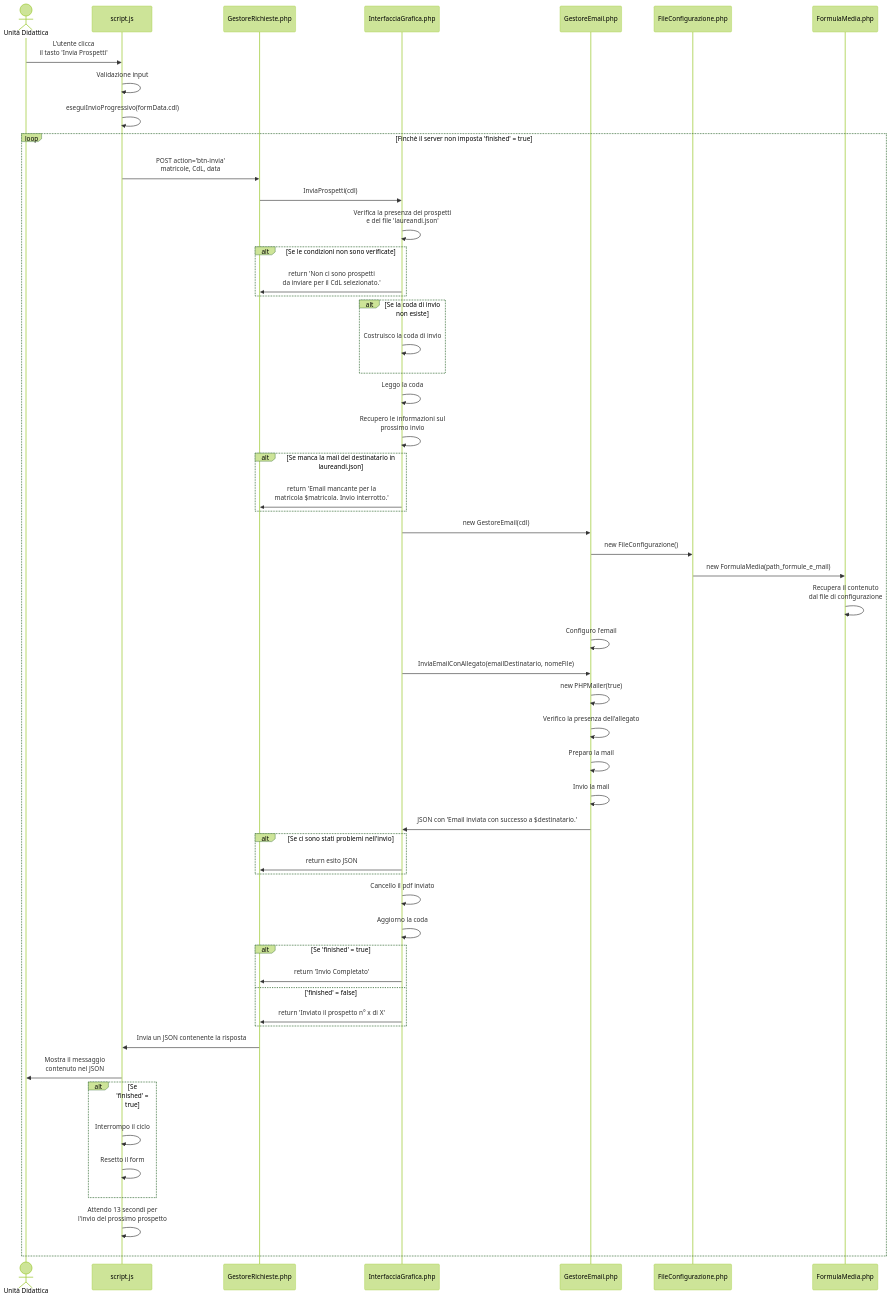
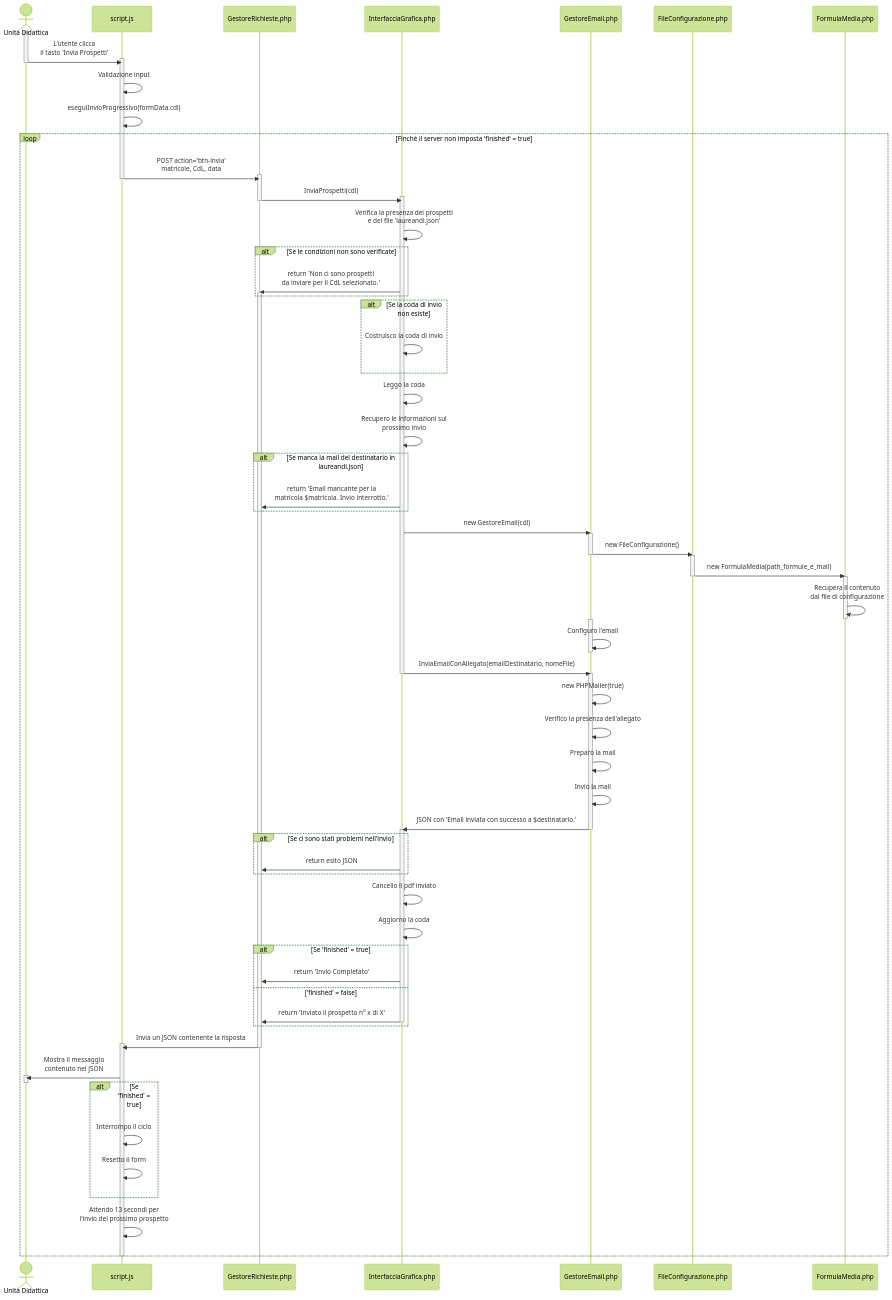
One commit to giuse27/Laureandosi-Unipi-Project changed the diagram in docs/risorse-fasi-progetto/3. implementazione/InviaProspettoLaureando.mmd. Above: the diagram before and after it, drawn with Mermaid (forest theme).

Commit message:
Aggiunte le activation bar

```diff
--- a/docs/risorse-fasi-progetto/3. implementazione/InviaProspettoLaureando.mmd
+++ b/docs/risorse-fasi-progetto/3. implementazione/InviaProspettoLaureando.mmd
@@ -1,74 +1,93 @@
 sequenceDiagram 
     actor utente as Unità Didattica
     participant script as script.js
     participant gestore as GestoreRichieste.php
     participant interfaccia as InterfacciaGrafica.php
     participant email as GestoreEmail.php
-    %%participant prosc as ProspettoCommissione.php
-    %%participant prosl as ProspettoLaureando.php
-    %%participant anagrafica as AnagraficaLaureando.php
-    %%participant carriera as CarrieraLaureando.php
-    %%participant carrierainf as CarrieraLaureandoInf.php
-    %%participant gcs as GestioneCarrieraStudente.php
     participant config as FileConfigurazione.php
     participant media as FormulaMedia.php
-    %%participant esame as Esame.php
-    %%participant esameinf as EsameInformatico.php
 
+    activate utente 
     utente->>script: L'utente clicca<br/>il tasto 'Invia Prospetti'
+    activate script 
+    deactivate utente 
     script->>script: Validazione input
     script->>script: eseguiInvioProgressivo(formData.cdl)
 
     loop Finchè il server non imposta 'finished' = true
         script->>gestore: POST action='btn-invia'<br/>matricole, CdL, data
+        activate gestore 
+        deactivate script 
 
         gestore->>interfaccia: InviaProspetti(cdl)
+        activate interfaccia 
+        deactivate gestore 
 
         %% InviaProspetti (interfaccia)
         interfaccia->>interfaccia: Verifica la presenza dei prospetti<br/>e del file 'laureandi.json'
         alt Se le condizioni non sono verificate
             interfaccia->>gestore: return 'Non ci sono prospetti<br/>da inviare per il CdL selezionato.'
+            activate gestore 
         end 
         alt Se la coda di invio non esiste
             interfaccia->>interfaccia: Costruisco la coda di invio
         end 
         interfaccia->>interfaccia: Leggo la coda
     
         %% meccanismo di invio del prossimo prospetto
         interfaccia->>interfaccia: Recupero le informazioni sul<br/>prossimo invio
         alt Se manca la mail del destinatario in laureandi.json
             interfaccia->>gestore: return 'Email mancante per la<br/>matricola $matricola. Invio interrotto.'
         end 
         interfaccia->>email: new GestoreEmail(cdl)
+        activate email 
         %% creo il file di configurazione
         email->>config: new FileConfigurazione()
+        activate config 
+        deactivate email 
         config->>media: new FormulaMedia(path_formule_e_mail)
+        activate media 
+        deactivate config 
         media->>media: Recupera il contenuto<br/>dal file di configurazione
+        deactivate media 
+        activate email 
         email->>email: Configuro l'email
+        deactivate email 
         interfaccia->>email: InviaEmailConAllegato(emailDestinatario, nomeFile)
+        activate email 
+        deactivate interfaccia 
         email->>email: new PHPMailer(true)
         email->>email: Verifico la presenza dell'allegato
         email->>email: Preparo la mail
         email->>email: Invio la mail
         email->>interfaccia: JSON con 'Email inviata con successo a $destinatario.'
+        activate interfaccia 
+        deactivate email 
         alt Se ci sono stati problemi nell'invio
             interfaccia->>gestore: return esito JSON
         end 
         interfaccia->>interfaccia: Cancello il pdf inviato
         interfaccia->>interfaccia: Aggiorno la coda
         alt Se 'finished' = true
             interfaccia->>gestore: return 'Invio Completato'
         else 'finished' = false
             interfaccia->>gestore: return 'Inviato il prospetto n° x di X'
+            deactivate interfaccia 
         end 
 
         gestore->>script: Invia un JSON contenente la risposta
+        activate script 
+        deactivate gestore 
         script->>utente: Mostra il messaggio<br/>contenuto nel JSON
+        activate utente 
+        deactivate utente 
 
         alt Se 'finished' = true
             script->>script: Interrompo il ciclo
             script->>script: Resetto il form
         end 
 
         script->>script: Attendo 13 secondi per<br/>l'invio del prossimo prospetto
     end 
+
+    deactivate script 
```
